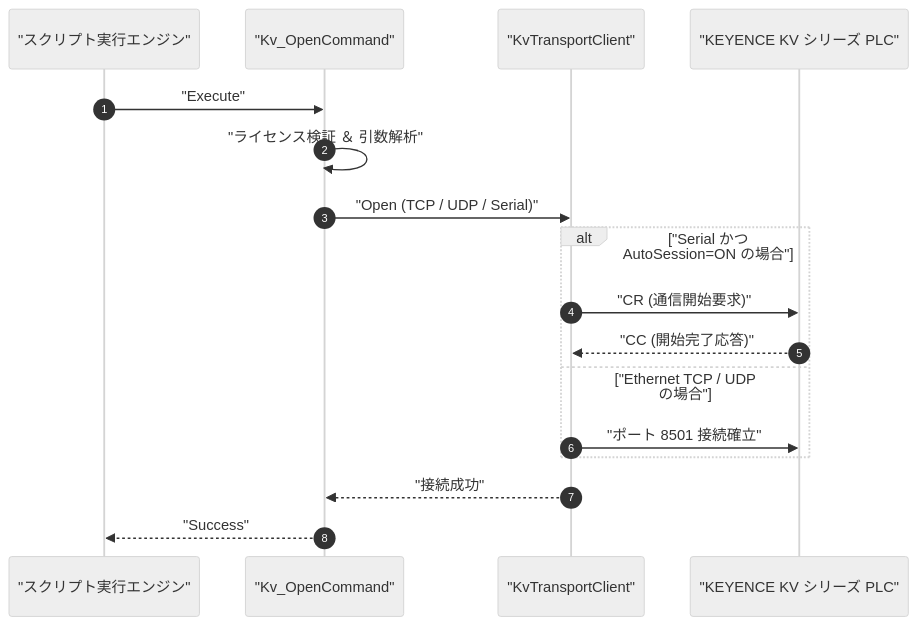
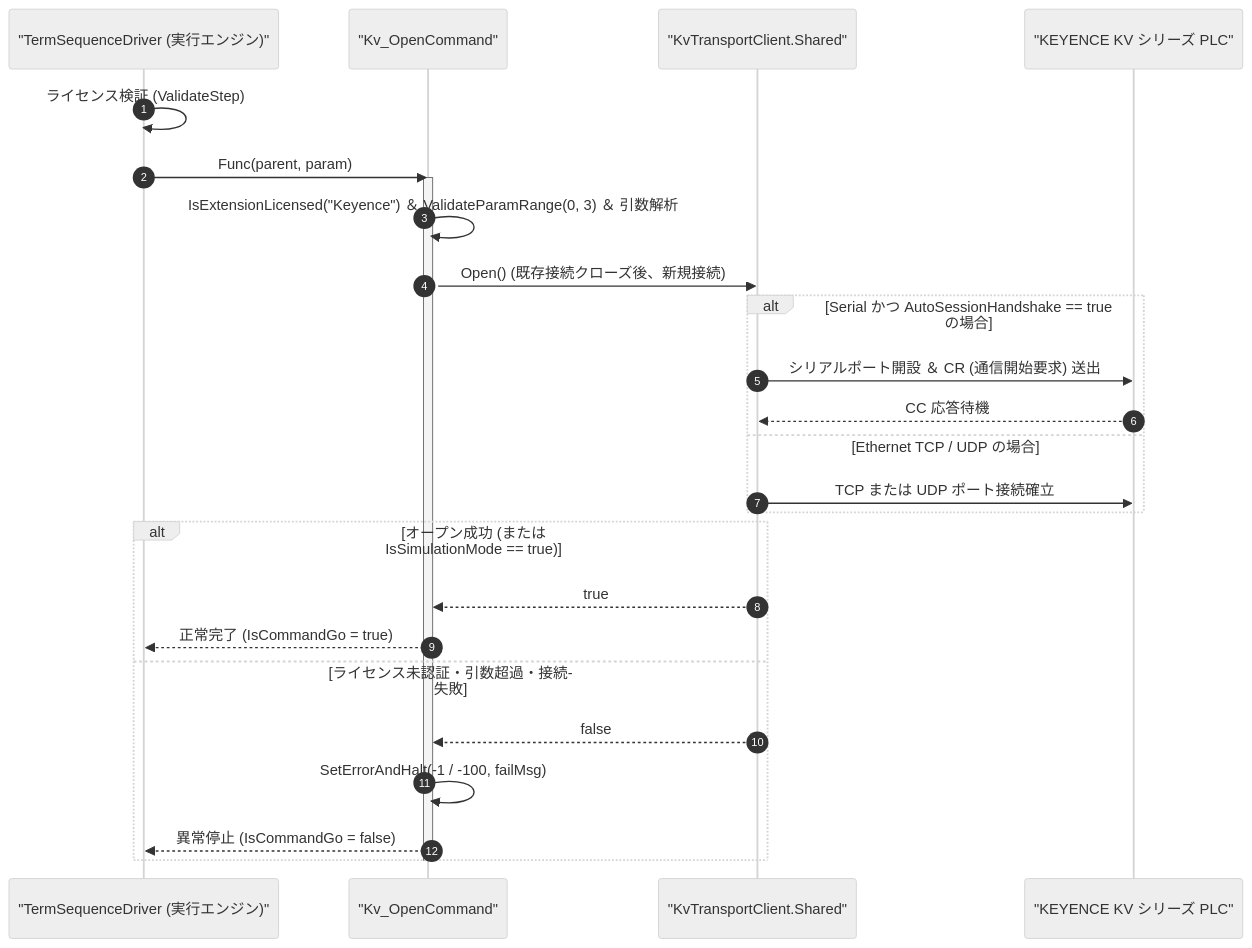
One commit to Monaca-App/TermAddIn changed the diagram in Manual/Keyence/Kv_Open.Md. Above: the diagram before and after it, drawn with Mermaid (neutral theme). The commit also changed other lines of this file and 157 other files, not shown here.

````diff
--- a/Manual/Keyence/Kv_Open.Md
+++ b/Manual/Keyence/Kv_Open.Md
@@ -67,20 +72,29 @@
 ```mermaid
 sequenceDiagram
     autonumber
-    participant Script as "スクリプト実行エンジン"
+    participant Driver as "TermSequenceDriver (実行エンジン)"
     participant Cmd as "Kv_OpenCommand"
-    participant Trans as "KvTransportClient"
+    participant Trans as "KvTransportClient.Shared"
     participant PLC as "KEYENCE KV シリーズ PLC"
 
-    Script->>Cmd: "Execute"
-    Cmd->>Cmd: "ライセンス検証 ＆ 引数解析"
-    Cmd->>Trans: "Open (TCP / UDP / Serial)"
-    alt "Serial かつ AutoSession=ON の場合"
-        Trans->>PLC: "CR (通信開始要求)"
-        PLC-->>Trans: "CC (開始完了応答)"
-    else "Ethernet TCP / UDP の場合"
-        Trans->>PLC: "ポート 8501 接続確立"
+    Driver->>Driver: ライセンス検証 (ValidateStep)
+    Driver->>Cmd: Func(parent, param)
+    activate Cmd
+    Cmd->>Cmd: IsExtensionLicensed("Keyence") ＆ ValidateParamRange(0, 3) ＆ 引数解析
+    Cmd->>Trans: Open() (既存接続クローズ後、新規接続)
+    alt Serial かつ AutoSessionHandshake == true の場合
+        Trans->>PLC: シリアルポート開設 ＆ CR (通信開始要求) 送出
+        PLC-->>Trans: CC 応答待機
+    else Ethernet TCP / UDP の場合
+        Trans->>PLC: TCP または UDP ポート接続確立
     end
-    Trans-->>Cmd: "接続成功"
-    Cmd-->>Script: "Success"
+    alt オープン成功 (または IsSimulationMode == true)
+        Trans-->>Cmd: true
+        Cmd-->>Driver: 正常完了 (IsCommandGo = true)
+    else ライセンス未認証・引数超過・接続失敗
+        Trans-->>Cmd: false
+        Cmd->>Cmd: SetErrorAndHalt(-1 / -100, failMsg)
+        Cmd-->>Driver: 異常停止 (IsCommandGo = false)
+    end
+    deactivate Cmd
 ```
````
